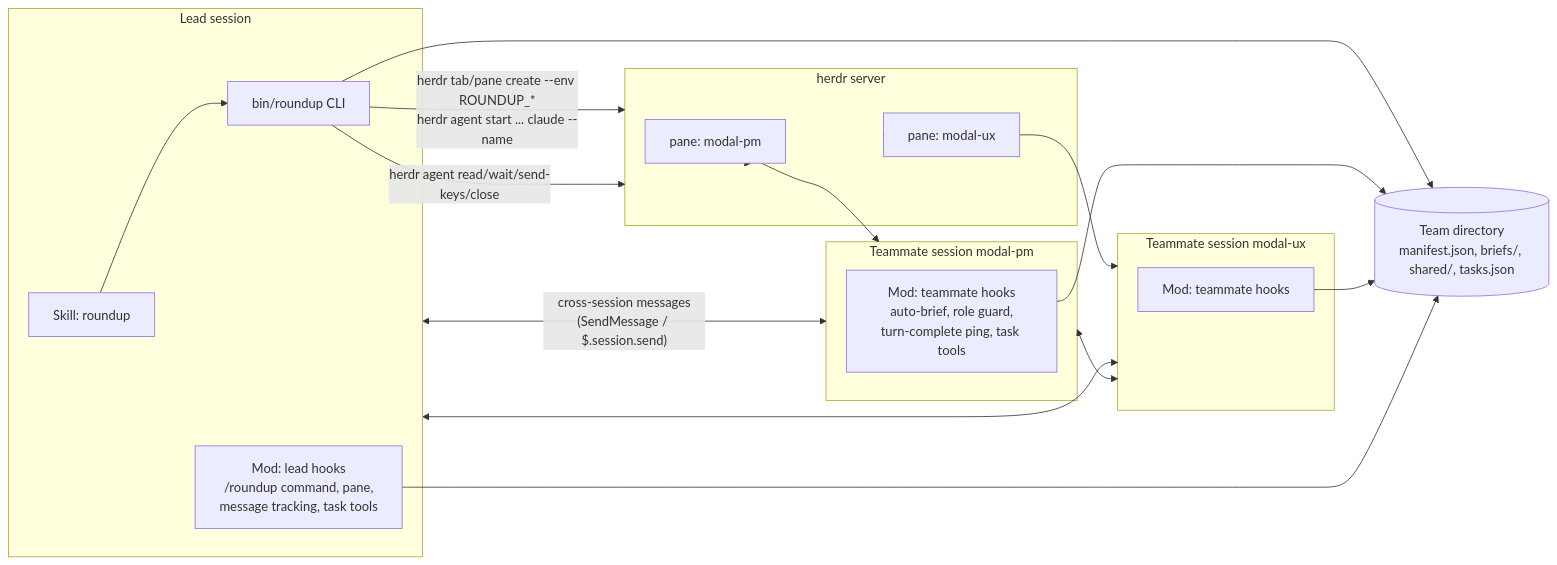
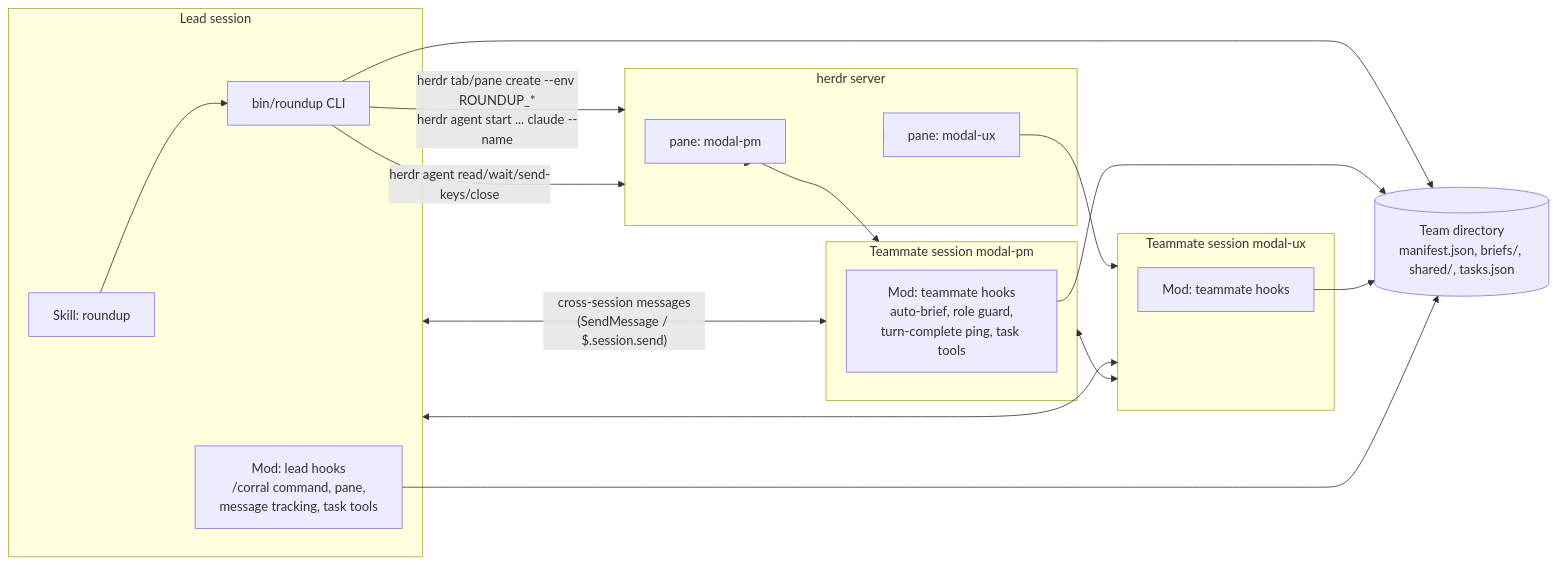
Before and after one commit to fantomc0der/roundup: the first of 4 diagrams in docs/architecture.md, drawn with Mermaid. The commit also changed other lines of this file and 10 other files, not shown here.

First line of the commit message:
fix: name the lead command /corral and undo the Git Bash slash rewrite

````diff
--- a/docs/architecture.md
+++ b/docs/architecture.md
@@ -5,34 +5,34 @@
 ```mermaid
 flowchart LR
   subgraph Lead["Lead session"]
     S[Skill: roundup] --> C[bin/roundup CLI]
-    M1[Mod: lead hooks\n/roundup command, pane,\nmessage tracking, task tools]
+    M1[Mod: lead hooks\n/corral command, pane,\nmessage tracking, task tools]
   end
 
   subgraph herdr["herdr server"]
     P1[pane: modal-pm]
     P2[pane: modal-ux]
   end
 
   subgraph T1["Teammate session modal-pm"]
     M2[Mod: teammate hooks\nauto-brief, role guard,\nturn-complete ping, task tools]
   end
   subgraph T2["Teammate session modal-ux"]
     M3[Mod: teammate hooks]
   end
 
   C -- "herdr tab/pane create --env ROUNDUP_*\nherdr agent start ... claude --name" --> herdr
   herdr --> P1 --> T1
   herdr --> P2 --> T2
   C -- "herdr agent read/wait/send-keys/close" --> herdr
 
   Lead <-- "cross-session messages\n(SendMessage / $.session.send)" --> T1
   Lead <--> T2
   T1 <--> T2
 
   D[(Team directory\nmanifest.json, briefs/, shared/, tasks.json)]
   C --> D
   M2 --> D
   M3 --> D
   M1 --> D
 ```
````
